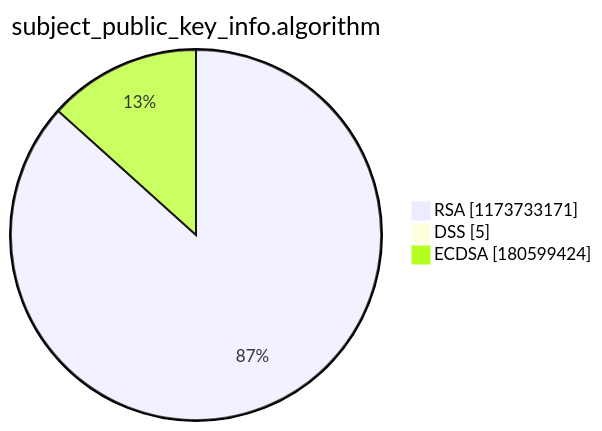
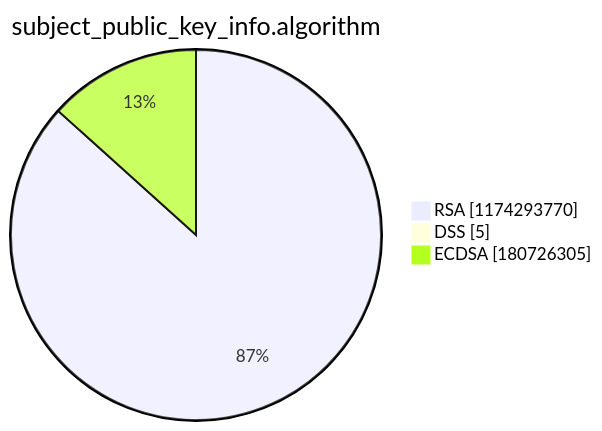
Before and after one commit to christiankrug/ctmonitor_visualization: the third of 15 diagrams in argon2022/README.md, drawn with Mermaid. The commit also changed other lines of this file, not shown here.

````diff
--- a/argon2022/README.md
+++ b/argon2022/README.md
@@ -14,7 +14,7 @@
 ```mermaid
 pie showData
 title subject_public_key_info.algorithm
-"RSA" :1173733171
+"RSA" :1174293770
 "DSS" :5
-"ECDSA" :180599424
+"ECDSA" :180726305
 ```
````
